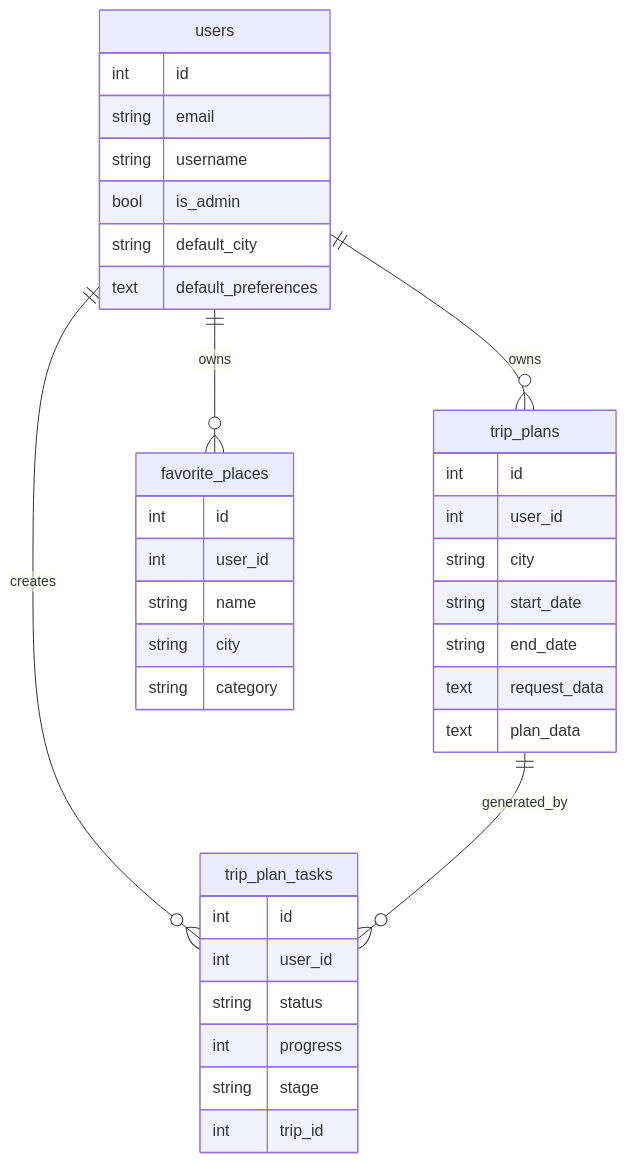
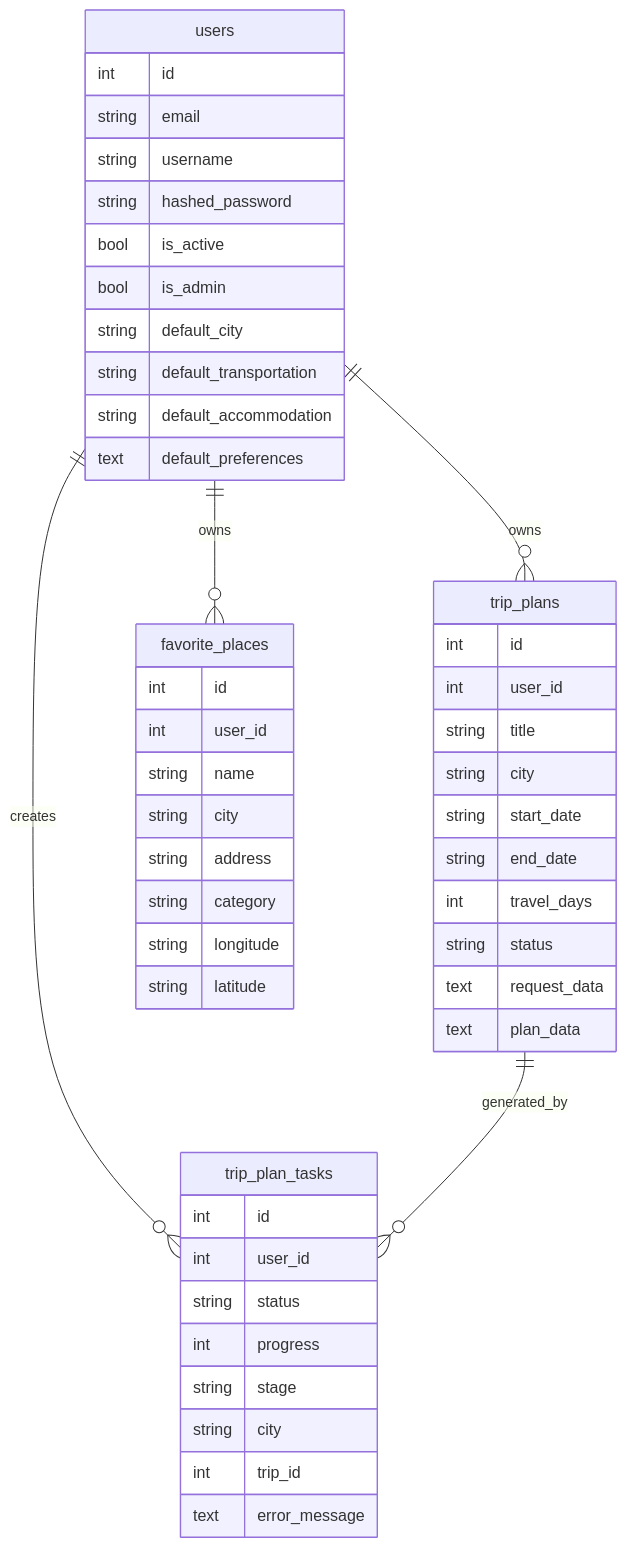
One commit to yirundong/tripmind-intelligent-trip-planner changed the fourth of 4 diagrams in docs/ARCHITECTURE.md. Above: the diagram before and after it, drawn with Mermaid. The commit also changed other lines of this file and 4 other files, not shown here.

````diff
--- a/docs/ARCHITECTURE.md
+++ b/docs/ARCHITECTURE.md
@@ -103,43 +123,55 @@
 ```mermaid
 erDiagram
   users ||--o{ trip_plans : owns
   users ||--o{ favorite_places : owns
   users ||--o{ trip_plan_tasks : creates
   trip_plans ||--o{ trip_plan_tasks : generated_by
 
   users {
     int id
     string email
     string username
+    string hashed_password
+    bool is_active
     bool is_admin
     string default_city
+    string default_transportation
+    string default_accommodation
     text default_preferences
   }
 
   trip_plans {
     int id
     int user_id
+    string title
     string city
     string start_date
     string end_date
+    int travel_days
+    string status
     text request_data
     text plan_data
   }
 
   favorite_places {
     int id
     int user_id
     string name
     string city
+    string address
     string category
+    string longitude
+    string latitude
   }
 
   trip_plan_tasks {
     int id
     int user_id
     string status
     int progress
     string stage
+    string city
     int trip_id
+    text error_message
   }
 ```
````
